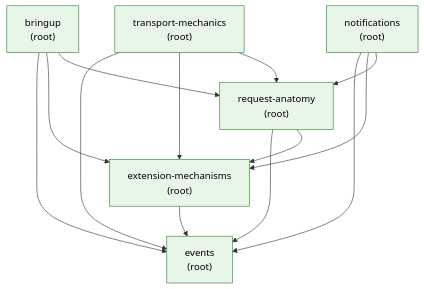
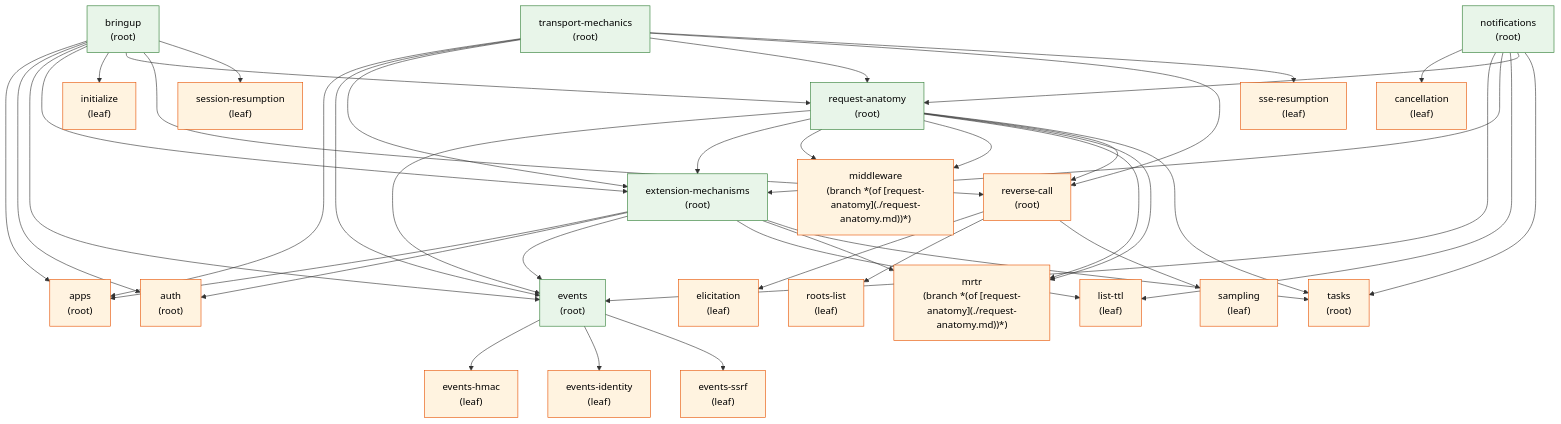
Before and after one commit to panyam/mcpkit: the diagram in tutorials/walkthrough/GRAPH.md, drawn with Mermaid. The commit also changed 26 other files, not shown here.

````diff
--- a/tutorials/walkthrough/GRAPH.md
+++ b/tutorials/walkthrough/GRAPH.md
@@ -6,18 +6,62 @@
 ```mermaid
 graph TD
+    apps["apps<br/>(root)"]
+    click apps "https://github.com/panyam/mcpkit/blob/main/tutorials/walkthrough/apps.md"
+    auth["auth<br/>(root)"]
+    click auth "https://github.com/panyam/mcpkit/blob/main/tutorials/walkthrough/auth.md"
     bringup["bringup<br/>(root)"]
     click bringup "https://github.com/panyam/mcpkit/blob/main/tutorials/walkthrough/bringup.md"
+    cancellation["cancellation<br/>(leaf)"]
+    click cancellation "https://github.com/panyam/mcpkit/blob/main/tutorials/walkthrough/cancellation.md"
+    elicitation["elicitation<br/>(leaf)"]
+    click elicitation "https://github.com/panyam/mcpkit/blob/main/tutorials/walkthrough/elicitation.md"
+    events-hmac["events-hmac<br/>(leaf)"]
+    click events-hmac "https://github.com/panyam/mcpkit/blob/main/tutorials/walkthrough/events-hmac.md"
+    events-identity["events-identity<br/>(leaf)"]
+    click events-identity "https://github.com/panyam/mcpkit/blob/main/tutorials/walkthrough/events-identity.md"
+    events-ssrf["events-ssrf<br/>(leaf)"]
+    click events-ssrf "https://github.com/panyam/mcpkit/blob/main/tutorials/walkthrough/events-ssrf.md"
     events["events<br/>(root)"]
     click events "https://github.com/panyam/mcpkit/blob/main/tutorials/walkthrough/events.md"
     extension-mechanisms["extension-mechanisms<br/>(root)"]
     click extension-mechanisms "https://github.com/panyam/mcpkit/blob/main/tutorials/walkthrough/extension-mechanisms.md"
+    initialize["initialize<br/>(leaf)"]
+    click initialize "https://github.com/panyam/mcpkit/blob/main/tutorials/walkthrough/initialize.md"
+    list-ttl["list-ttl<br/>(leaf)"]
+    click list-ttl "https://github.com/panyam/mcpkit/blob/main/tutorials/walkthrough/list-ttl.md"
+    middleware["middleware<br/>(branch *(of [request-anatomy](./request-anatomy.md))*)"]
+    click middleware "https://github.com/panyam/mcpkit/blob/main/tutorials/walkthrough/middleware.md"
+    mrtr["mrtr<br/>(branch *(of [request-anatomy](./request-anatomy.md))*)"]
+    click mrtr "https://github.com/panyam/mcpkit/blob/main/tutorials/walkthrough/mrtr.md"
     notifications["notifications<br/>(root)"]
     click notifications "https://github.com/panyam/mcpkit/blob/main/tutorials/walkthrough/notifications.md"
     request-anatomy["request-anatomy<br/>(root)"]
     click request-anatomy "https://github.com/panyam/mcpkit/blob/main/tutorials/walkthrough/request-anatomy.md"
+    reverse-call["reverse-call<br/>(root)"]
+    click reverse-call "https://github.com/panyam/mcpkit/blob/main/tutorials/walkthrough/reverse-call.md"
+    roots-list["roots-list<br/>(leaf)"]
+    click roots-list "https://github.com/panyam/mcpkit/blob/main/tutorials/walkthrough/roots-list.md"
+    sampling["sampling<br/>(leaf)"]
+    click sampling "https://github.com/panyam/mcpkit/blob/main/tutorials/walkthrough/sampling.md"
+    session-resumption["session-resumption<br/>(leaf)"]
+    click session-resumption "https://github.com/panyam/mcpkit/blob/main/tutorials/walkthrough/session-resumption.md"
+    sse-resumption["sse-resumption<br/>(leaf)"]
+    click sse-resumption "https://github.com/panyam/mcpkit/blob/main/tutorials/walkthrough/sse-resumption.md"
+    tasks["tasks<br/>(root)"]
+    click tasks "https://github.com/panyam/mcpkit/blob/main/tutorials/walkthrough/tasks.md"
     transport-mechanics["transport-mechanics<br/>(root)"]
     click transport-mechanics "https://github.com/panyam/mcpkit/blob/main/tutorials/walkthrough/transport-mechanics.md"
 
+    bringup --> apps
+    transport-mechanics --> apps
+    extension-mechanisms --> apps
+    bringup --> auth
+    extension-mechanisms --> auth
+    notifications --> cancellation
+    reverse-call --> elicitation
+    events --> events-hmac
+    events --> events-identity
+    events --> events-ssrf
     bringup --> events
     transport-mechanics --> events
     notifications --> events
@@ -27,10 +71,30 @@
     transport-mechanics --> extension-mechanisms
     notifications --> extension-mechanisms
     request-anatomy --> extension-mechanisms
+    bringup --> initialize
+    notifications --> list-ttl
+    extension-mechanisms --> list-ttl
+    request-anatomy --> middleware
+    request-anatomy --> middleware
+    request-anatomy --> mrtr
+    request-anatomy --> mrtr
+    extension-mechanisms --> mrtr
     bringup --> request-anatomy
     transport-mechanics --> request-anatomy
     notifications --> request-anatomy
+    bringup --> reverse-call
+    transport-mechanics --> reverse-call
+    request-anatomy --> reverse-call
+    reverse-call --> roots-list
+    reverse-call --> sampling
+    bringup --> session-resumption
+    transport-mechanics --> sse-resumption
+    request-anatomy --> tasks
+    notifications --> tasks
+    extension-mechanisms --> tasks
 
     classDef written fill:#e8f5e9,stroke:#2e7d32,color:#000;
+    classDef stub fill:#fff3e0,stroke:#e65100,color:#000;
     class bringup,events,extension-mechanisms,notifications,request-anatomy,transport-mechanics written;
+    class apps,auth,cancellation,elicitation,events-hmac,events-identity,events-ssrf,initialize,list-ttl,middleware,mrtr,reverse-call,roots-list,sampling,session-resumption,sse-resumption,tasks stub;
 ```
````
